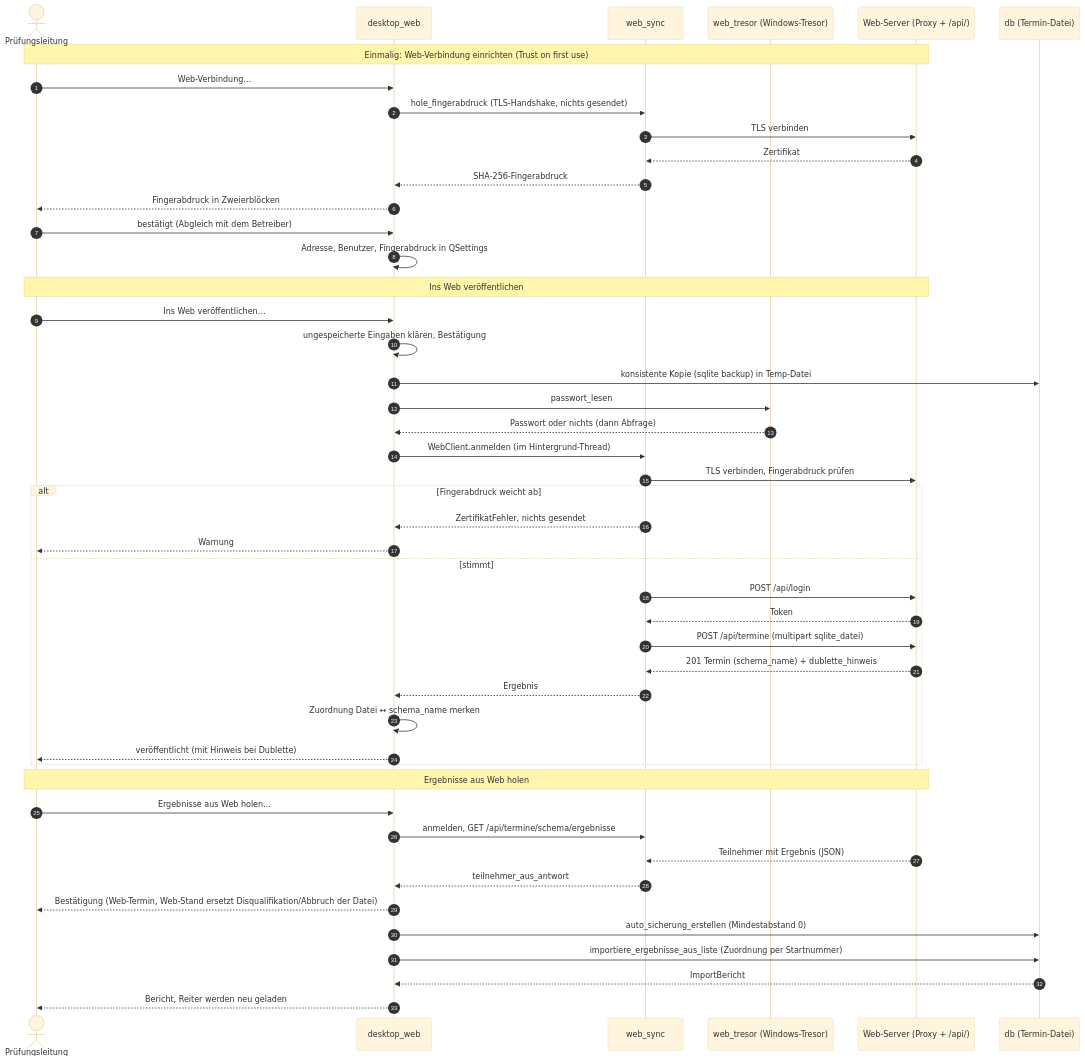
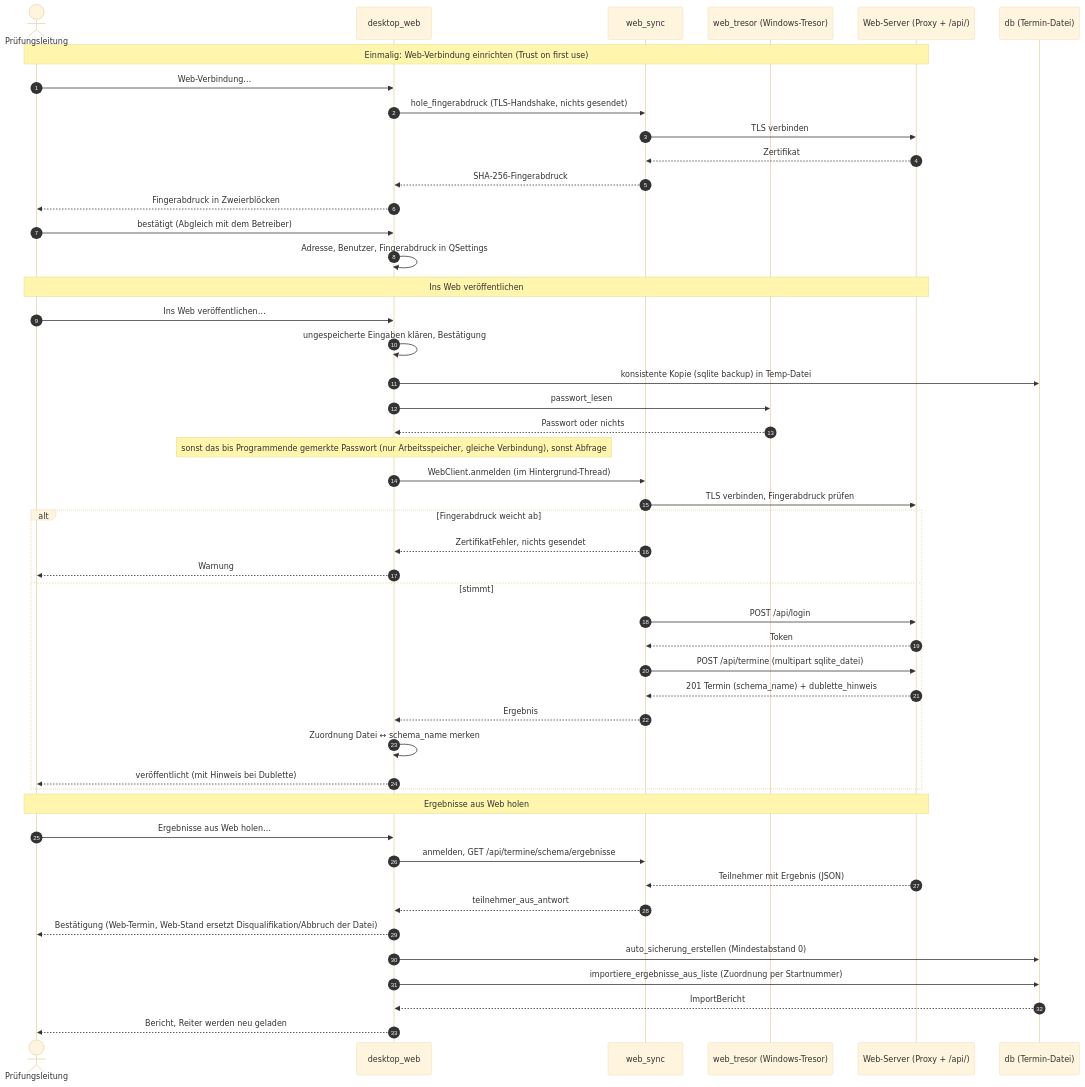
Diagram 11 of 15 in UML.md (mbruver-source/SHS), drawn with Mermaid (base theme) before and after one commit. The commit also changed 8 other files, not shown here.

First line of the commit message:
Desktop: Web-Passwort ohne Tresor bis Programmende im Arbeitsspeicher, Hinweise im Dialog

````diff
--- a/UML.md
+++ b/UML.md
@@ -652,52 +652,53 @@
 ```mermaid
 sequenceDiagram
     autonumber
     actor PL as Prüfungsleitung
     participant DW as desktop_web
     participant WS as web_sync
     participant TR as web_tresor (Windows-Tresor)
     participant S as Web-Server (Proxy + /api/)
     participant DB as db (Termin-Datei)
 
     Note over PL,S: Einmalig: Web-Verbindung einrichten (Trust on first use)
     PL->>DW: Web-Verbindung…
     DW->>WS: hole_fingerabdruck (TLS-Handshake, nichts gesendet)
     WS->>S: TLS verbinden
     S-->>WS: Zertifikat
     WS-->>DW: SHA-256-Fingerabdruck
     DW-->>PL: Fingerabdruck in Zweierblöcken
     PL->>DW: bestätigt (Abgleich mit dem Betreiber)
     DW->>DW: Adresse, Benutzer, Fingerabdruck in QSettings
 
     Note over PL,S: Ins Web veröffentlichen
     PL->>DW: Ins Web veröffentlichen…
     DW->>DW: ungespeicherte Eingaben klären, Bestätigung
     DW->>DB: konsistente Kopie (sqlite backup) in Temp-Datei
     DW->>TR: passwort_lesen
-    TR-->>DW: Passwort oder nichts (dann Abfrage)
+    TR-->>DW: Passwort oder nichts
+    Note over DW: sonst das bis Programmende gemerkte Passwort (nur Arbeitsspeicher, gleiche Verbindung), sonst Abfrage
     DW->>WS: WebClient.anmelden (im Hintergrund-Thread)
     WS->>S: TLS verbinden, Fingerabdruck prüfen
     alt Fingerabdruck weicht ab
         WS-->>DW: ZertifikatFehler, nichts gesendet
         DW-->>PL: Warnung
     else stimmt
         WS->>S: POST /api/login
         S-->>WS: Token
         WS->>S: POST /api/termine (multipart sqlite_datei)
         S-->>WS: 201 Termin (schema_name) + dublette_hinweis
         WS-->>DW: Ergebnis
         DW->>DW: Zuordnung Datei ↔ schema_name merken
         DW-->>PL: veröffentlicht (mit Hinweis bei Dublette)
     end
 
     Note over PL,S: Ergebnisse aus Web holen
     PL->>DW: Ergebnisse aus Web holen…
     DW->>WS: anmelden, GET /api/termine/schema/ergebnisse
     S-->>WS: Teilnehmer mit Ergebnis (JSON)
     WS-->>DW: teilnehmer_aus_antwort
     DW-->>PL: Bestätigung (Web-Termin, Web-Stand ersetzt Disqualifikation/Abbruch der Datei)
     DW->>DB: auto_sicherung_erstellen (Mindestabstand 0)
     DW->>DB: importiere_ergebnisse_aus_liste (Zuordnung per Startnummer)
     DB-->>DW: ImportBericht
     DW-->>PL: Bericht, Reiter werden neu geladen
 ```
````
